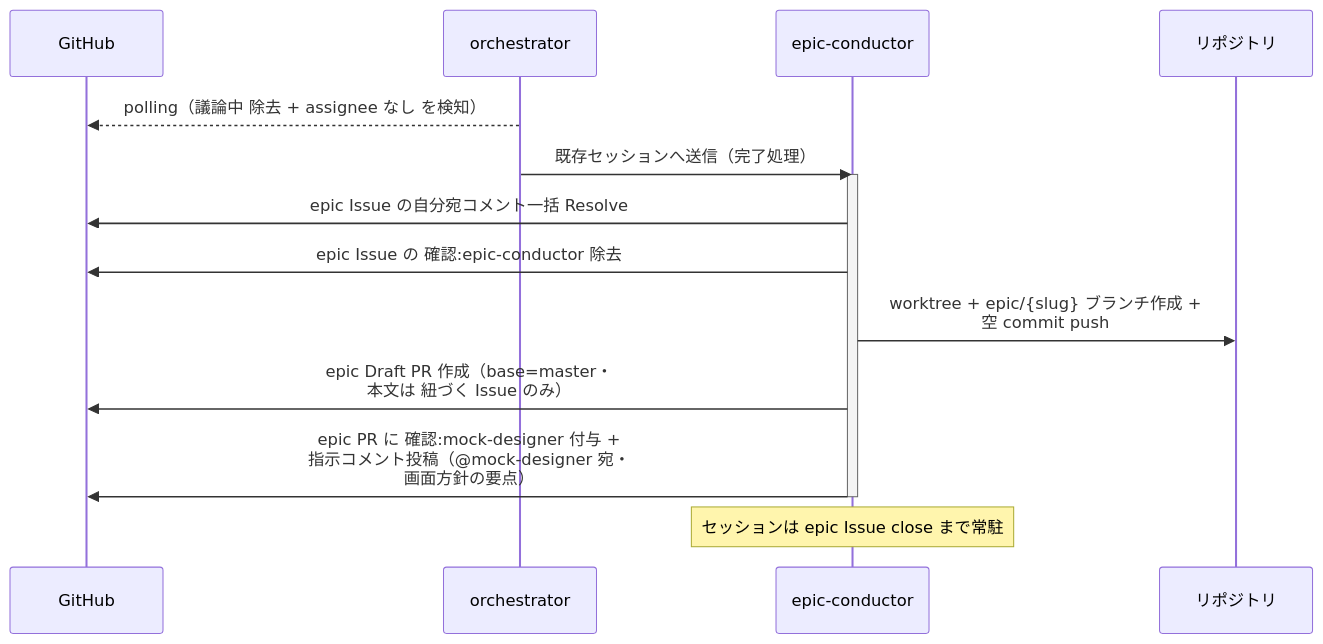
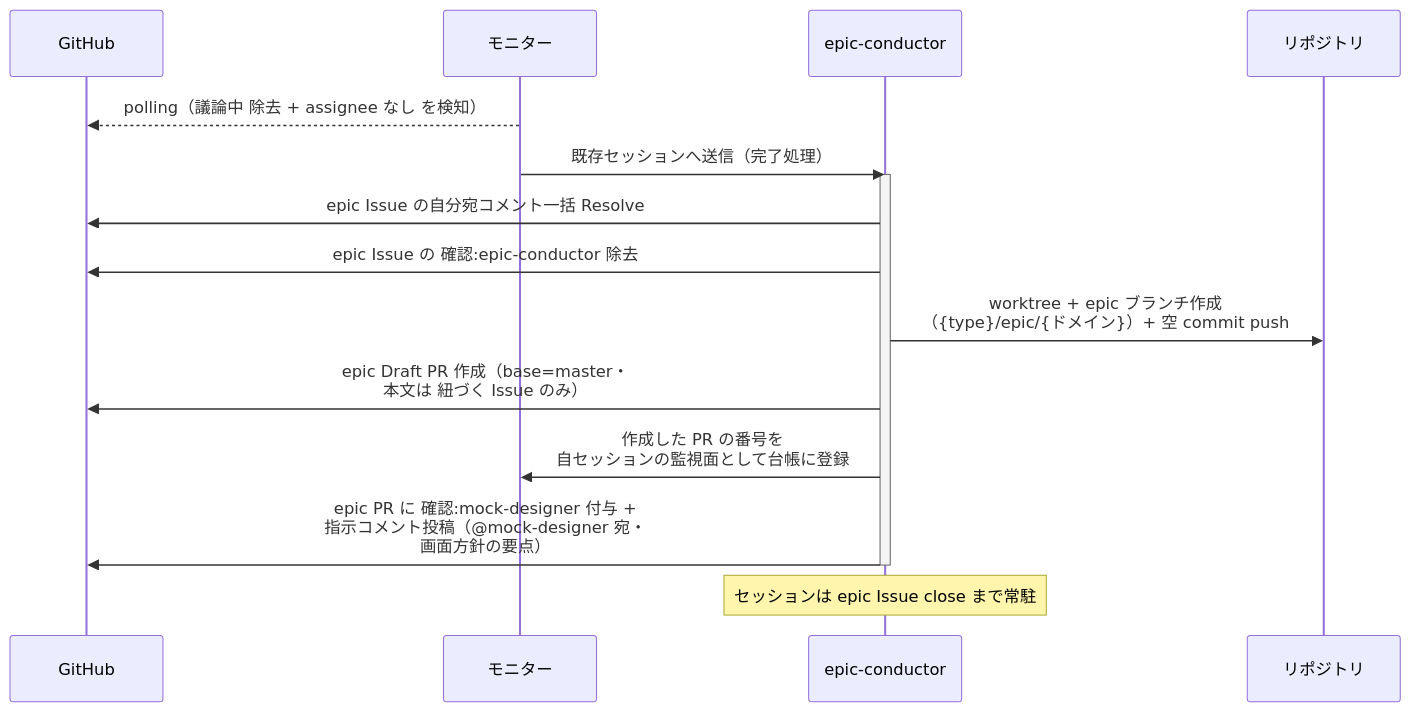
The second of 3 diagrams in docs/wiki/設計図/シナリオ/単一ユースケース/epic要件確定.md (shuhei1101/ai-monitor), drawn with Mermaid before and after one commit. The commit also changed other lines of this file and 196 other files, not shown here.

````diff
--- a/docs/wiki/設計図/シナリオ/単一ユースケース/epic要件確定.md
+++ b/docs/wiki/設計図/シナリオ/単一ユースケース/epic要件確定.md
@@ -86,18 +91,19 @@
 ```mermaid
 sequenceDiagram
   participant GH as GitHub
-  participant ORC as orchestrator
+  participant ORC as モニター
   participant MON as epic-conductor
   participant REPO as リポジトリ
 
   ORC-->>GH: polling（議論中 除去 + assignee なし を検知）
   ORC->>MON: 既存セッションへ送信（完了処理）
   activate MON
   MON->>GH: epic Issue の自分宛コメント一括 Resolve
   MON->>GH: epic Issue の 確認:epic-conductor 除去
-  MON->>REPO: worktree + epic/{slug} ブランチ作成 +<br>空 commit push
+  MON->>REPO: worktree + epic ブランチ作成<br>（{type}/epic/{ドメイン}）+ 空 commit push
   MON->>GH: epic Draft PR 作成（base=master・<br>本文は 紐づく Issue のみ）
+  MON->>ORC: 作成した PR の番号を<br>自セッションの監視面として台帳に登録
   MON->>GH: epic PR に 確認:mock-designer 付与 +<br>指示コメント投稿（@mock-designer 宛・<br>画面方針の要点）
   deactivate MON
   Note over MON: セッションは epic Issue close まで常駐
 ```
````
